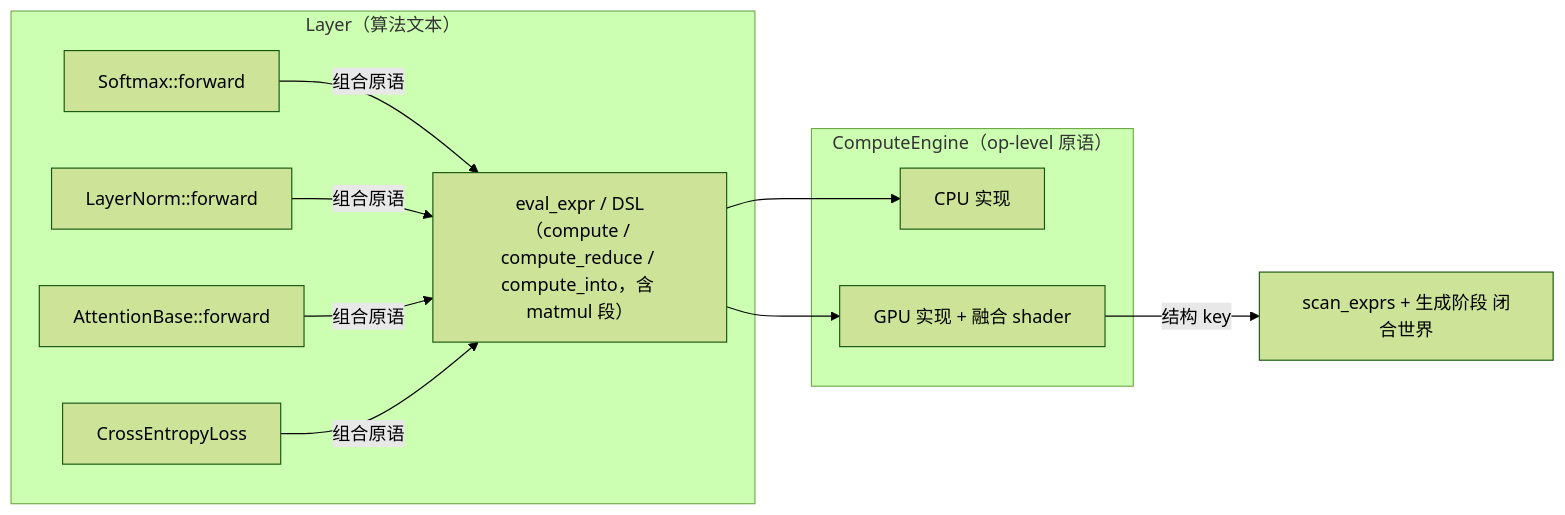
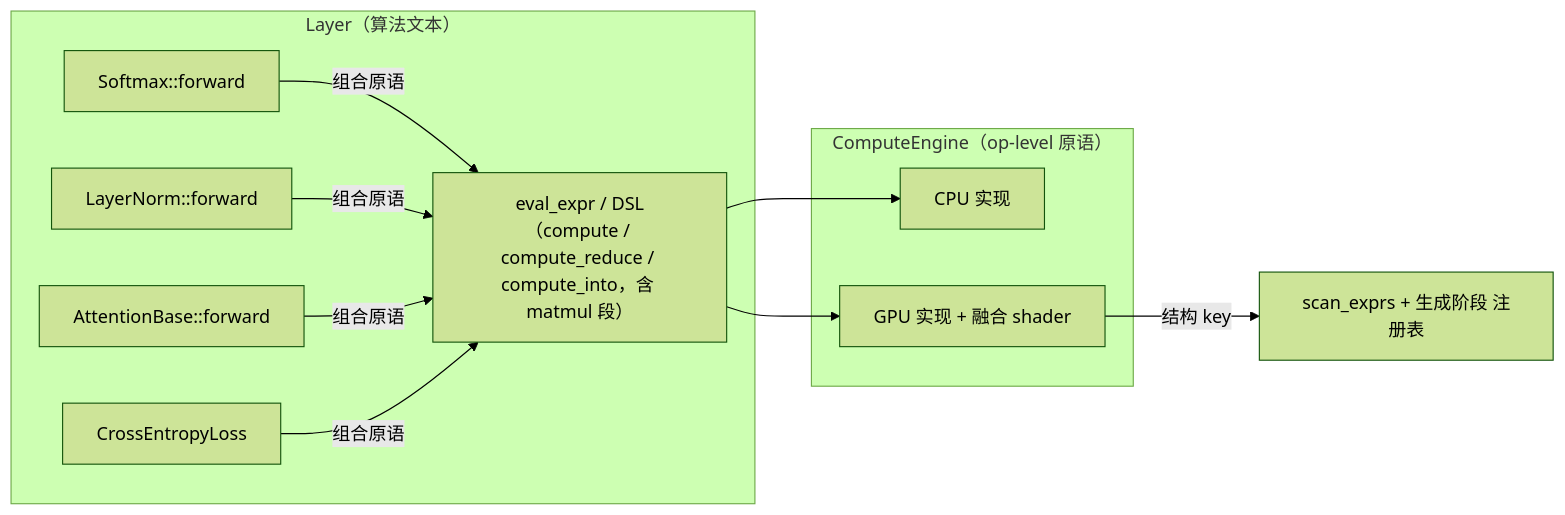
Before and after one commit to neuralnet-cpp-dev/neuralnet.cpp: the diagram in docs/internal/02-operator-fusion.md, drawn with Mermaid (forest theme). The commit also changed other lines of this file and 44 other files, not shown here.

````diff
--- a/docs/internal/02-operator-fusion.md
+++ b/docs/internal/02-operator-fusion.md
@@ -74,16 +74,16 @@
 ```mermaid
 graph LR
     subgraph L2[Layer（算法文本）]
         A[Softmax::forward] -->|组合原语| E
         B[LayerNorm::forward] -->|组合原语| E
         C[AttentionBase::forward] -->|组合原语| E
         D[CrossEntropyLoss] -->|组合原语| E
     end
     subgraph Eng[ComputeEngine（op-level 原语）]
         E[eval_expr / DSL（compute / compute_reduce / compute_into，含 matmul 段）]
         F[CPU 实现]
         G[GPU 实现 + 融合 shader]
     end
     E --> F & G
-    G -->|结构 key| I[scan_exprs + 生成阶段 闭合世界]
+    G -->|结构 key| I[scan_exprs + 生成阶段 注册表]
 ```
````
